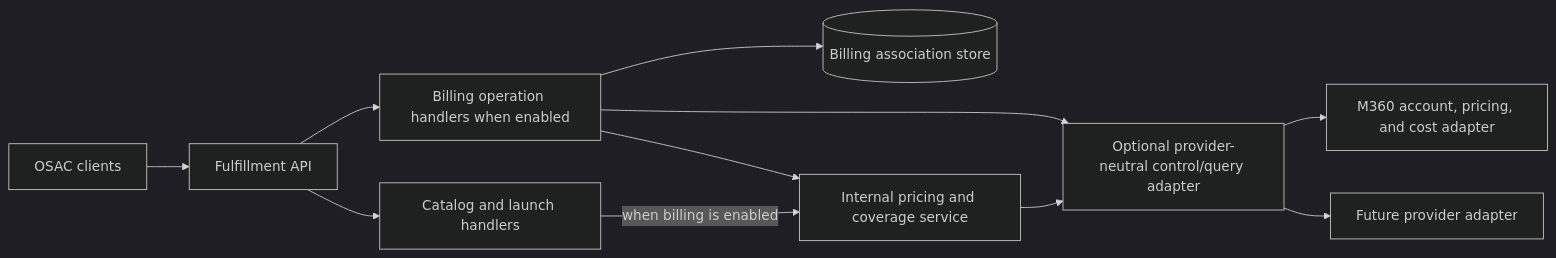
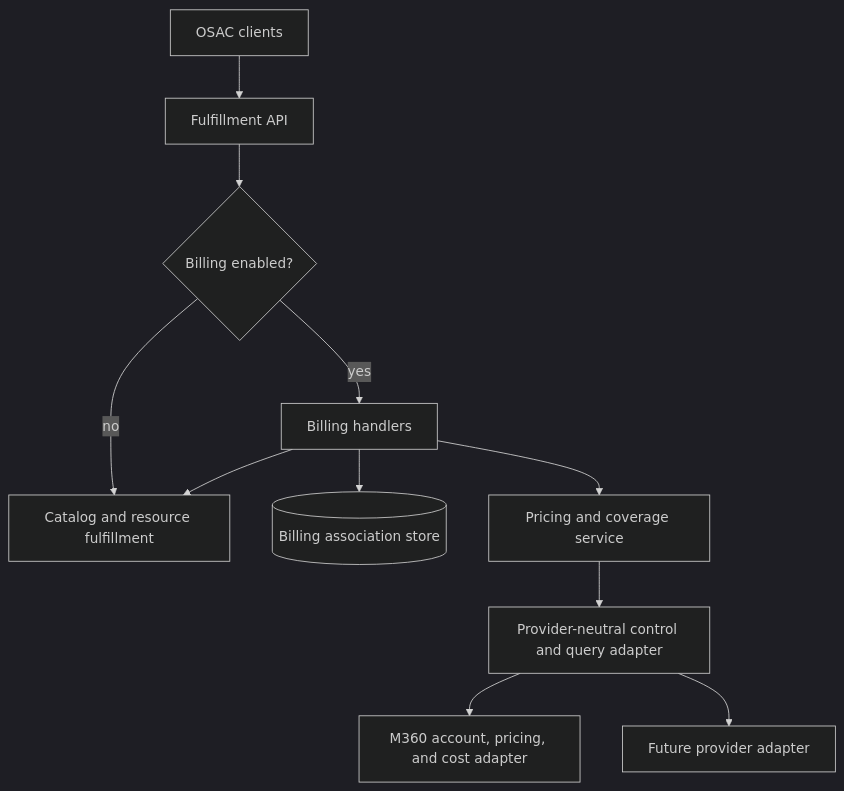
The diagram in enhancements/OSAC-3784-billing-integration-mvp/design.md (amito/enhancement-proposals), drawn with Mermaid (dark theme) before and after one commit. The commit also changed other lines of this file and 1 other file, not shown here.

First line of the commit message:
OSAC-3784: Define the billing API contract and correlation_id attribution

````diff
--- a/enhancements/OSAC-3784-billing-integration-mvp/design.md
+++ b/enhancements/OSAC-3784-billing-integration-mvp/design.md
@@ -73,13 +73,13 @@
 ```mermaid
-flowchart LR
+flowchart TD
   CLIENTS[OSAC clients] --> FAPI[Fulfillment API]
-  FAPI --> BILLING[Billing operation handlers when enabled]
-  FAPI --> RESOURCE[Catalog and launch handlers]
+  FAPI --> GATE{Billing enabled?}
+  GATE -->|no| CORE[Catalog and resource fulfillment]
+  GATE -->|yes| BILLING[Billing handlers]
   BILLING --> STORE[(Billing association store)]
-  BILLING --> CTRL[Internal pricing and coverage service]
-  BILLING --> PROVIDER
-  RESOURCE -->|when billing is enabled| CTRL
-  CTRL --> PROVIDER[Optional provider-neutral control/query adapter]
-  PROVIDER --> M360[M360 account, pricing, and cost adapter]
-  PROVIDER --> OTHER[Future provider adapter]
+  BILLING --> CTRL[Pricing and coverage service]
+  BILLING --> CORE
+  CTRL --> ADAPTER[Provider-neutral control and query adapter]
+  ADAPTER --> M360[M360 account, pricing, and cost adapter]
+  ADAPTER --> OTHER[Future provider adapter]
 ```
````
